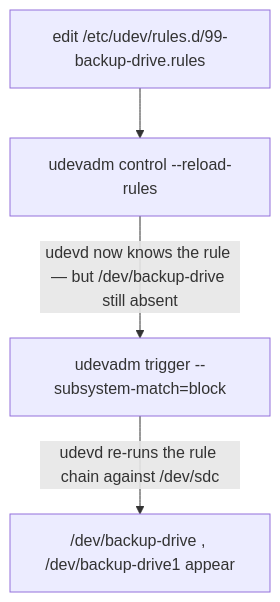
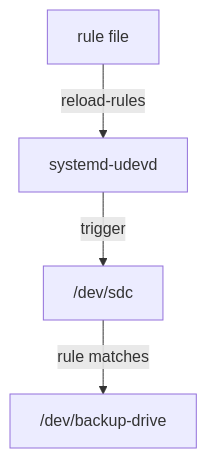
Before and after one commit to astrona-io/ATS002: the diagram in sections/section-010/module-04/course-03-applying-verifying-and-using.md, drawn with Mermaid. The commit also changed other lines of this file and 615 other files, not shown here.

````diff
--- a/sections/section-010/module-04/course-03-applying-verifying-and-using.md
+++ b/sections/section-010/module-04/course-03-applying-verifying-and-using.md
@@ -22,6 +30,6 @@
 ```mermaid
-flowchart TD
-    E["edit /etc/udev/rules.d/99-backup-drive.rules"] --> R["udevadm control --reload-rules"]
-    R -->|udevd now knows the rule — but /dev/backup-drive still absent| T["udevadm trigger --subsystem-match=block"]
-    T -->|udevd re-runs the rule chain against /dev/sdc| L["/dev/backup-drive , /dev/backup-drive1 appear"]
+flowchart TB
+    E["rule file"] -->|"reload-rules"| D["systemd-udevd"]
+    D -->|"trigger"| V["/dev/sdc"]
+    V -->|"rule matches"| L["/dev/backup-drive"]
 ```
````
